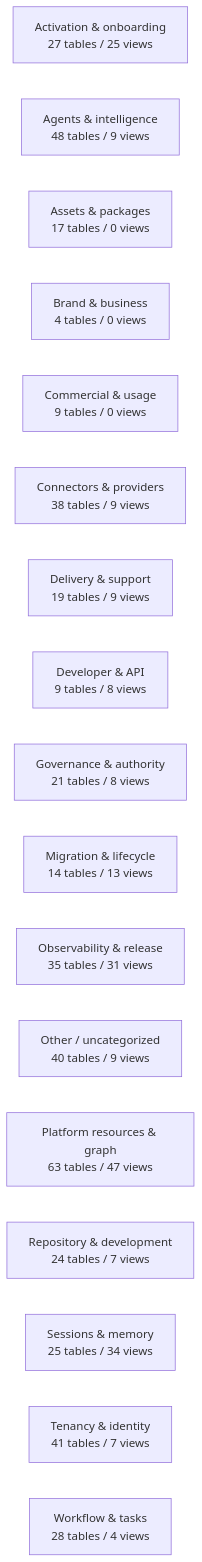
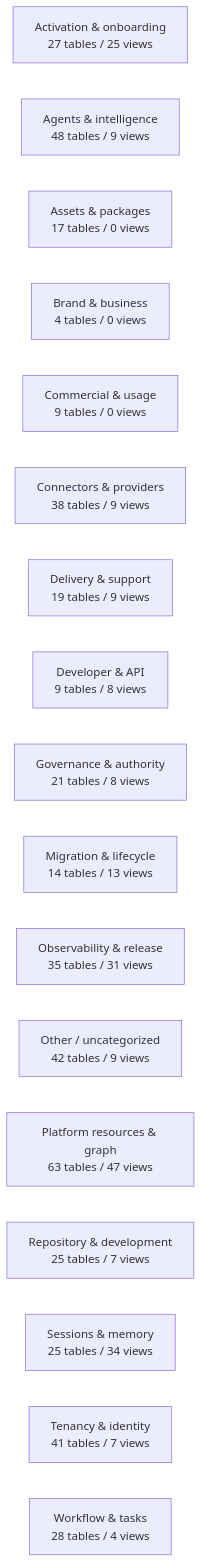
One commit to mad4bdigital-ai/multi-business-multi-role-growth-intelligence-os changed the diagram in docs/work-maps/data-model-domain-map.md. Above: the diagram before and after it, drawn with Mermaid. The commit also changed other lines of this file and 4 other files, not shown here.

````diff
--- a/docs/work-maps/data-model-domain-map.md
+++ b/docs/work-maps/data-model-domain-map.md
@@ -9,20 +9,20 @@
 ```mermaid
 flowchart LR
   n_Activation___onboarding["Activation & onboarding<br/>27 tables / 25 views"]
   n_Agents___intelligence["Agents & intelligence<br/>48 tables / 9 views"]
   n_Assets___packages["Assets & packages<br/>17 tables / 0 views"]
   n_Brand___business["Brand & business<br/>4 tables / 0 views"]
   n_Commercial___usage["Commercial & usage<br/>9 tables / 0 views"]
   n_Connectors___providers["Connectors & providers<br/>38 tables / 9 views"]
   n_Delivery___support["Delivery & support<br/>19 tables / 9 views"]
   n_Developer___API["Developer & API<br/>9 tables / 8 views"]
   n_Governance___authority["Governance & authority<br/>21 tables / 8 views"]
   n_Migration___lifecycle["Migration & lifecycle<br/>14 tables / 13 views"]
   n_Observability___release["Observability & release<br/>35 tables / 31 views"]
-  n_Other___uncategorized["Other / uncategorized<br/>40 tables / 9 views"]
+  n_Other___uncategorized["Other / uncategorized<br/>42 tables / 9 views"]
   n_Platform_resources___graph["Platform resources & graph<br/>63 tables / 47 views"]
-  n_Repository___development["Repository & development<br/>24 tables / 7 views"]
+  n_Repository___development["Repository & development<br/>25 tables / 7 views"]
   n_Sessions___memory["Sessions & memory<br/>25 tables / 34 views"]
   n_Tenancy___identity["Tenancy & identity<br/>41 tables / 7 views"]
   n_Workflow___tasks["Workflow & tasks<br/>28 tables / 4 views"]
 ```
````
